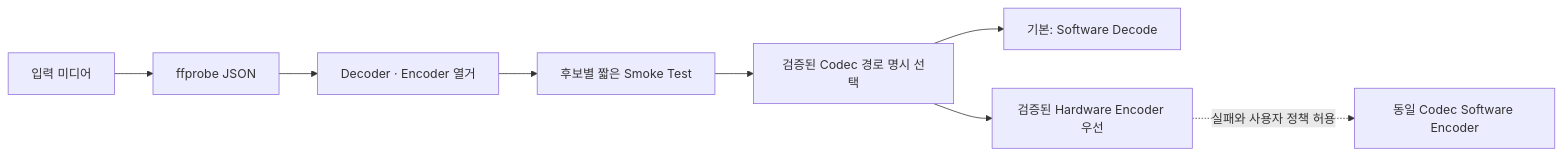
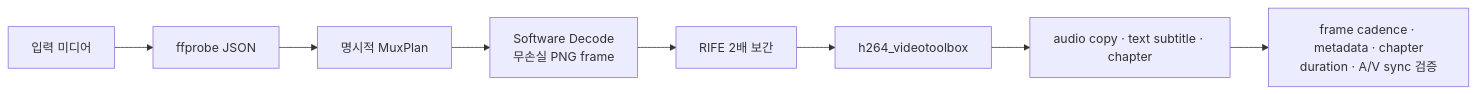
One commit to zooslab/zoos-upscale changed the sixth of 9 diagrams in ARCHITECTURE.md. Above: the diagram before and after it, drawn with Mermaid. The commit also changed other lines of this file and 1 other file, not shown here.

````diff
--- a/ARCHITECTURE.md
+++ b/ARCHITECTURE.md
@@ -302,10 +310,10 @@
 ```mermaid
 flowchart LR
     INPUT["입력 미디어"] --> PROBE["ffprobe JSON"]
-    PROBE --> CAP["Decoder · Encoder 열거"]
-    CAP --> SMOKE["후보별 짧은 Smoke Test"]
-    SMOKE --> SELECT["검증된 Codec 경로 명시 선택"]
-    SELECT --> DECODE["기본: Software Decode"]
-    SELECT --> ENCODE["검증된 Hardware Encoder 우선"]
-    ENCODE -. 실패와 사용자 정책 허용 .-> SW["동일 Codec Software Encoder"]
+    PROBE --> PLAN["명시적 MuxPlan"]
+    PLAN --> DECODE["Software Decode<br/>무손실 PNG frame"]
+    DECODE --> RIFE["RIFE 2배 보간"]
+    RIFE --> ENCODE["h264_videotoolbox"]
+    ENCODE --> MUX["audio copy · text subtitle · chapter"]
+    MUX --> VERIFY["frame cadence · metadata · chapter<br/>duration · A/V sync 검증"]
 ```
````
